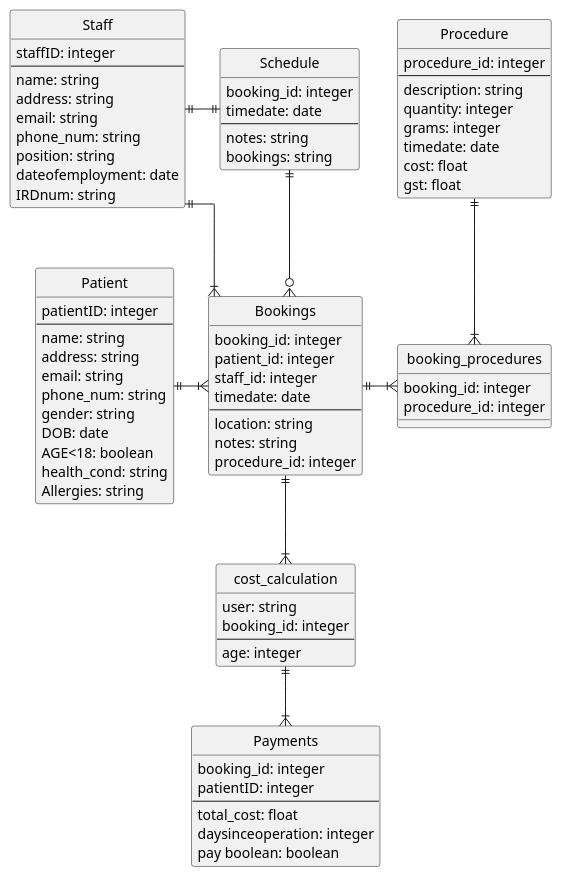
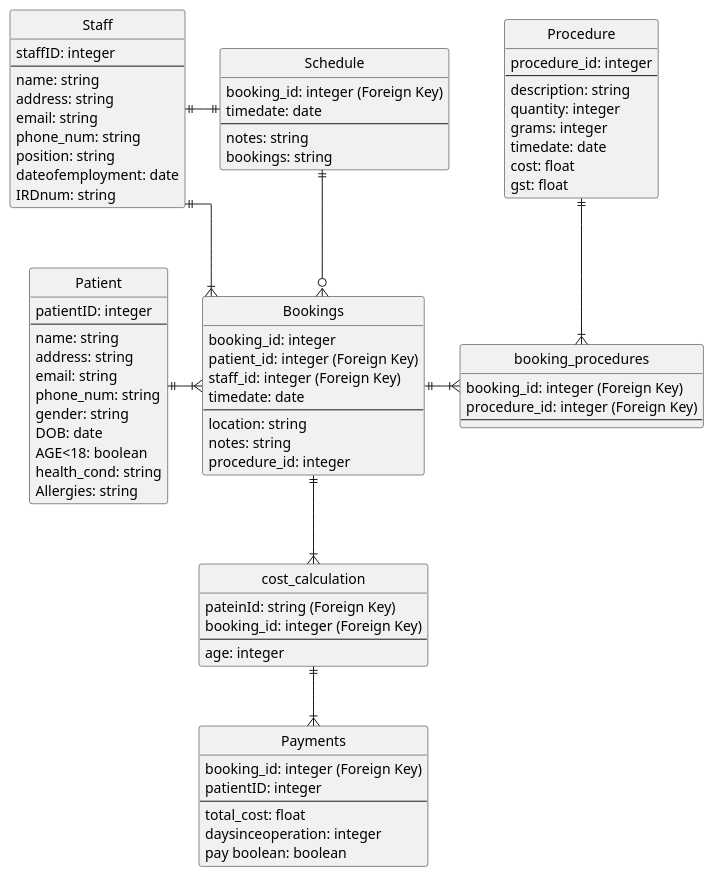
One commit to yosyu218/COSC344 changed the diagram in ERD.puml. Above: the diagram before and after it, drawn with PlantUML.

```diff
--- a/ERD.puml
+++ b/ERD.puml
@@ -1,91 +1,92 @@
 @startuml
 skinparam Style StrictUML
 skinparam Linetype ortho 
 
 
 
 class Patient {
     patientID: integer 
     --
     name: string
     address: string
     email: string
     phone_num: string
     gender: string
     DOB: date
     AGE<18: boolean
     health_cond: string
     Allergies: string
 }
 
 class Staff {
     staffID: integer
     --
     name: string
     address: string
     email: string
     phone_num: string
     position: string
     dateofemployment: date
     IRDnum: string
 }
 
 class Bookings {
     booking_id: integer
-    patient_id: integer
-    staff_id: integer
+    patient_id: integer (Foreign Key)
+    staff_id: integer (Foreign Key)
     timedate: date
     --
     location: string
     notes: string
     procedure_id: integer
 }
 
 class Procedure {
     procedure_id: integer
     --
     description: string
     quantity: integer
     grams: integer
     timedate: date
     cost: float
     gst: float
 }
 
 class booking_procedures {
-    booking_id: integer
-    procedure_id: integer
+    booking_id: integer (Foreign Key)
+    procedure_id: integer (Foreign Key)
+    --
 }
 
 class Schedule {
-    booking_id: integer
+    booking_id: integer (Foreign Key)
     timedate: date
     --
     notes: string
     bookings: string
 }
 
 class Payments {
-    booking_id: integer
+    booking_id: integer (Foreign Key)
     patientID: integer
     --
     total_cost: float
     daysinceoperation: integer
     pay boolean: boolean
 }
 
 class cost_calculation {
-    user: string
-    booking_id: integer
+    pateinId: string (Foreign Key)
+    booking_id: integer (Foreign Key)
     --
     age: integer
 }
 Patient ||-|{ Bookings
 Staff ||--|{ Bookings
 Bookings ||-|{ booking_procedures
 Procedure ||--|{ booking_procedures
 Schedule ||-o{ Bookings
 Staff ||-|| Schedule
 Bookings ||--|{cost_calculation
 cost_calculation ||--|{ Payments
 @enduml
```
